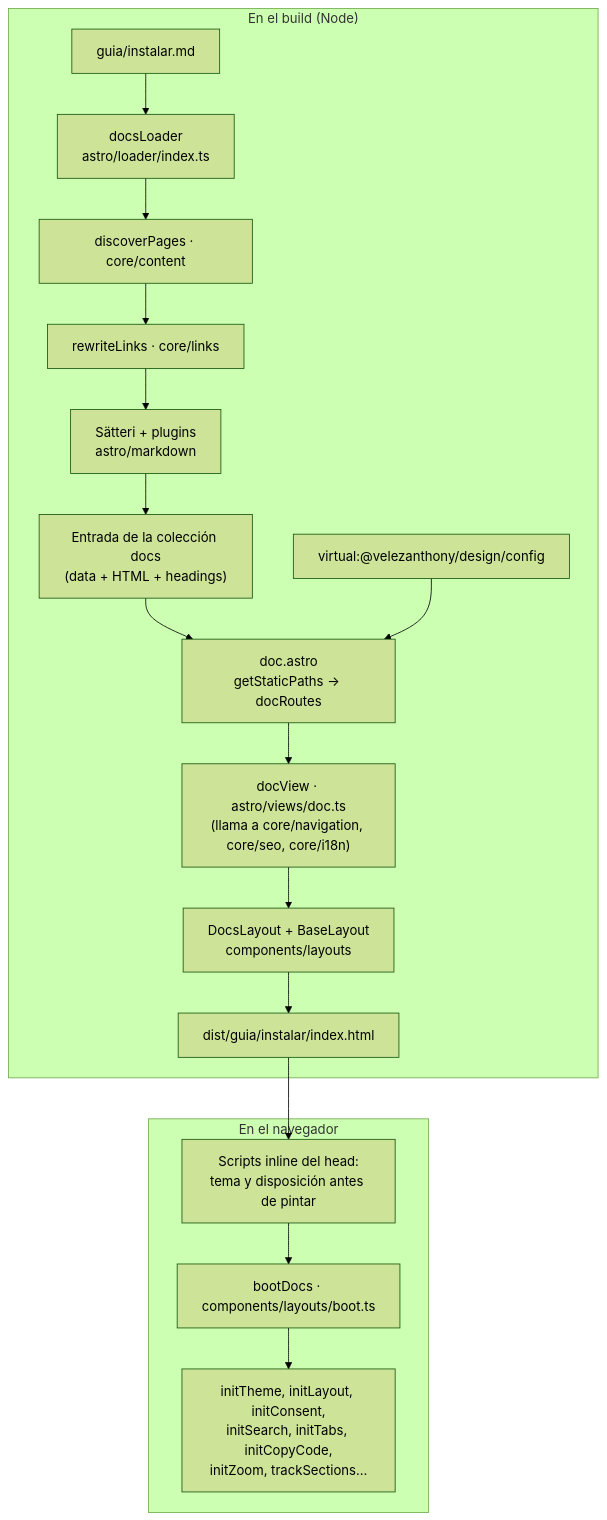
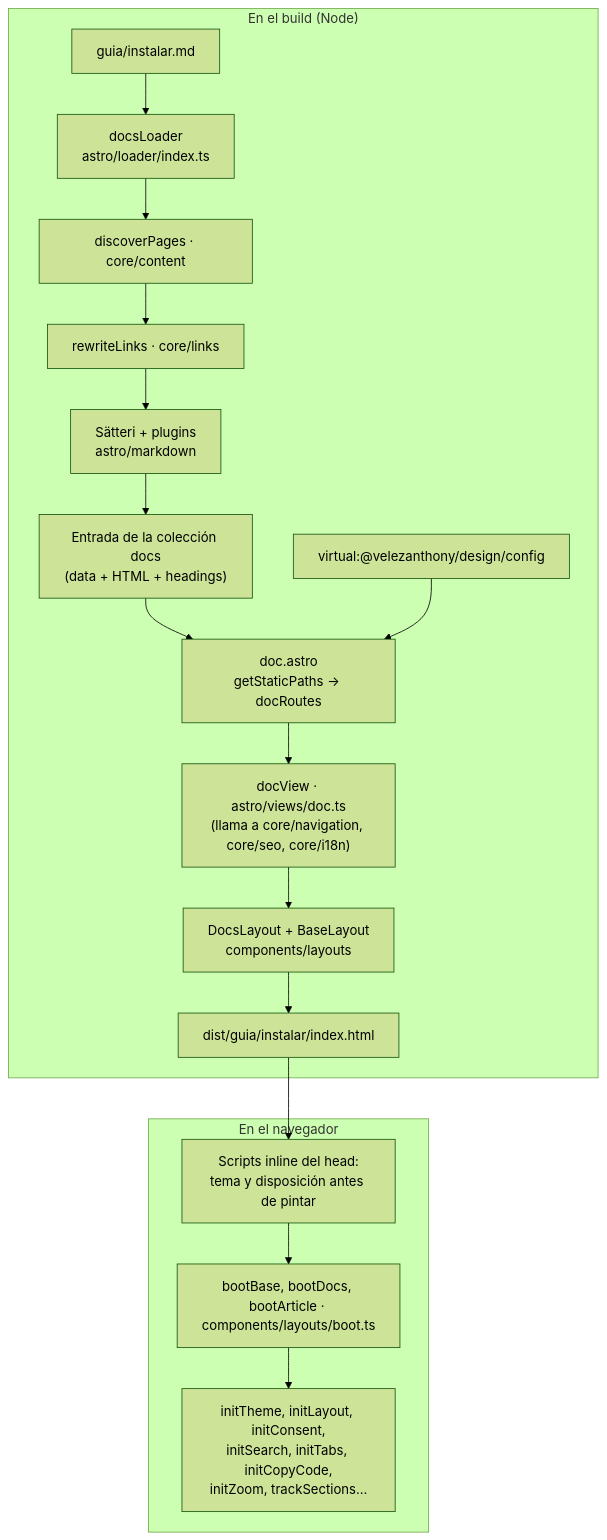
Before and after one commit to velezanthony/design: the first of 2 diagrams in docs/src/content/docs/arquitectura/una-pagina.md, drawn with Mermaid (forest theme). The commit also changed other lines of this file and 8 other files, not shown here.

First line of the commit message:
feat(components): extract the docs content into an Article organism with its own boot

````diff
--- a/docs/src/content/docs/arquitectura/una-pagina.md
+++ b/docs/src/content/docs/arquitectura/una-pagina.md
@@ -13,20 +13,20 @@
 ```mermaid
 flowchart TD
   subgraph build["En el build (Node)"]
     f["guia/instalar.md"] --> ld["docsLoader<br/>astro/loader/index.ts"]
     ld --> disc["discoverPages · core/content"]
     disc --> rw["rewriteLinks · core/links"]
     rw --> md["Sätteri + plugins<br/>astro/markdown"]
     md --> store["Entrada de la colección docs<br/>(data + HTML + headings)"]
     store --> doc["doc.astro<br/>getStaticPaths → docRoutes"]
     vm["virtual:@velezanthony/design/config"] --> doc
     doc --> view["docView · astro/views/doc.ts<br/>(llama a core/navigation, core/seo, core/i18n)"]
     view --> lay["DocsLayout + BaseLayout<br/>components/layouts"]
     lay --> html["dist/guia/instalar/index.html"]
   end
   subgraph browser["En el navegador"]
     html --> pre["Scripts inline del head:<br/>tema y disposición antes de pintar"]
-    pre --> boot["bootDocs · components/layouts/boot.ts"]
+    pre --> boot["bootBase, bootDocs, bootArticle · components/layouts/boot.ts"]
     boot --> inits["initTheme, initLayout, initConsent,<br/>initSearch, initTabs, initCopyCode,<br/>initZoom, trackSections…"]
   end
 ```
````
